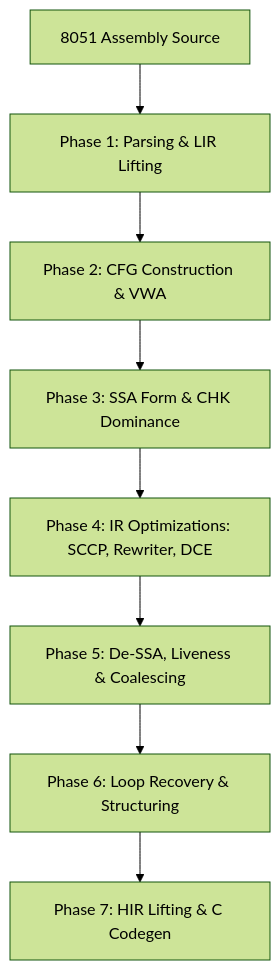
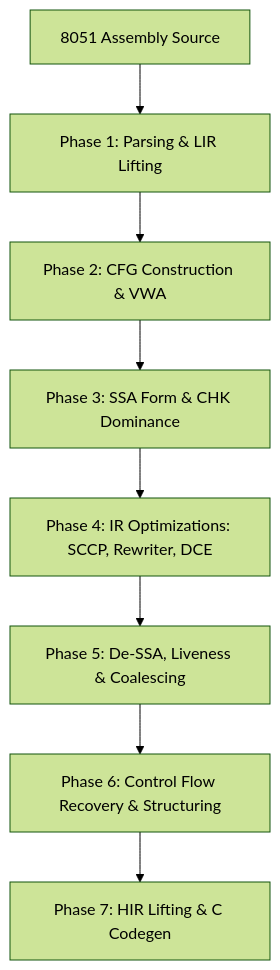
The diagram in README.md (FomalhautGH/decom51), drawn with Mermaid (forest theme) before and after one commit. The commit also changed other lines of this file, not shown here.

````diff
--- a/README.md
+++ b/README.md
@@ -71,10 +71,10 @@
 ```mermaid
 graph TD
     A[8051 Assembly Source] --> B[Phase 1: Parsing & LIR Lifting]
     B --> C[Phase 2: CFG Construction & VWA]
     C --> D[Phase 3: SSA Form & CHK Dominance]
     D --> E[Phase 4: IR Optimizations: SCCP, Rewriter, DCE]
     E --> F[Phase 5: De-SSA, Liveness & Coalescing]
-    F --> G[Phase 6: Loop Recovery & Structuring]
+    F --> G[Phase 6: Control Flow Recovery & Structuring]
     G --> H[Phase 7: HIR Lifting & C Codegen]
 ```
````
